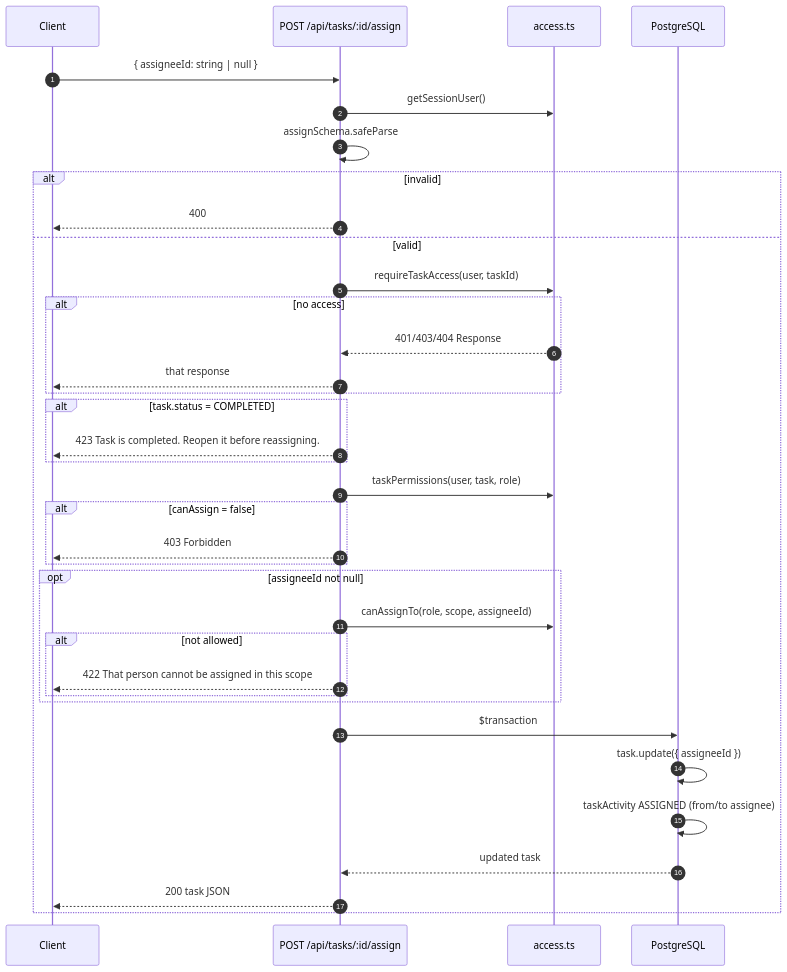
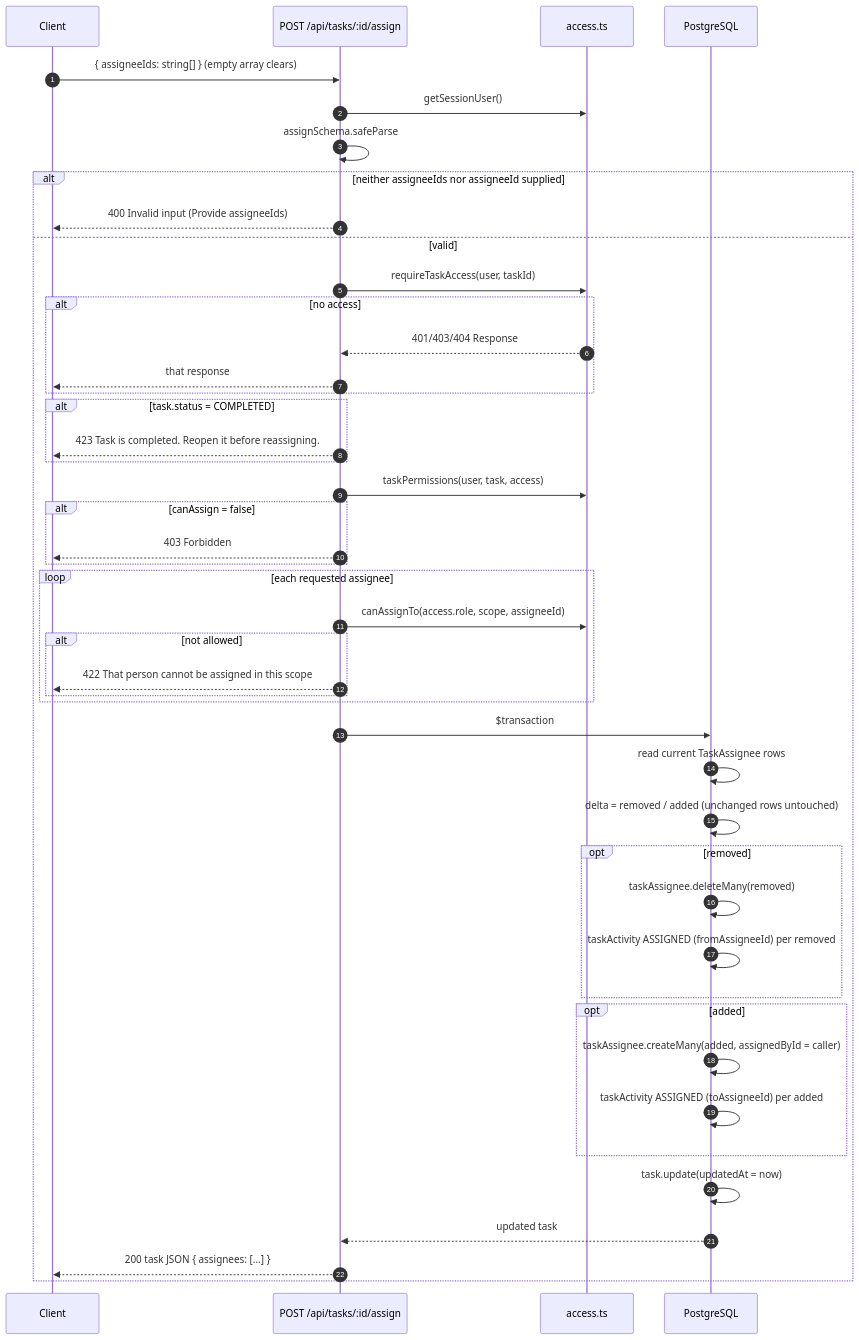
Before and after one commit to akash3114/Project_Site_Tracker: the sixth of 15 diagrams in docs/SEQUENCES.md, drawn with Mermaid. The commit also changed other lines of this file and 11 other files, not shown here.

````diff
--- a/docs/SEQUENCES.md
+++ b/docs/SEQUENCES.md
@@ -301,39 +313,48 @@
 ```mermaid
 sequenceDiagram
   autonumber
   participant C as Client
   participant R as POST /api/tasks/:id/assign
   participant A as access.ts
   participant D as PostgreSQL
 
-  C->>R: { assigneeId: string | null }
+  C->>R: { assigneeIds: string[] }  (empty array clears)
   R->>A: getSessionUser()
   R->>R: assignSchema.safeParse
-  alt invalid
-    R-->>C: 400
+  alt neither assigneeIds nor assigneeId supplied
+    R-->>C: 400 Invalid input (Provide assigneeIds)
   else valid
     R->>A: requireTaskAccess(user, taskId)
     alt no access
       A-->>R: 401/403/404 Response
       R-->>C: that response
     end
     alt task.status = COMPLETED
       R-->>C: 423 Task is completed. Reopen it before reassigning.
     end
-    R->>A: taskPermissions(user, task, role)
+    R->>A: taskPermissions(user, task, access)
     alt canAssign = false
       R-->>C: 403 Forbidden
     end
-    opt assigneeId not null
-      R->>A: canAssignTo(role, scope, assigneeId)
+    loop each requested assignee
+      R->>A: canAssignTo(access.role, scope, assigneeId)
       alt not allowed
         R-->>C: 422 That person cannot be assigned in this scope
       end
     end
     R->>D: $transaction
-    D->>D: task.update({ assigneeId })
-    D->>D: taskActivity ASSIGNED (from/to assignee)
+    D->>D: read current TaskAssignee rows
+    D->>D: delta = removed / added (unchanged rows untouched)
+    opt removed
+      D->>D: taskAssignee.deleteMany(removed)
+      D->>D: taskActivity ASSIGNED (fromAssigneeId) per removed
+    end
+    opt added
+      D->>D: taskAssignee.createMany(added, assignedById = caller)
+      D->>D: taskActivity ASSIGNED (toAssigneeId) per added
+    end
+    D->>D: task.update(updatedAt = now)
     D-->>R: updated task
-    R-->>C: 200 task JSON
+    R-->>C: 200 task JSON { assignees: [...] }
   end
 ```
````
